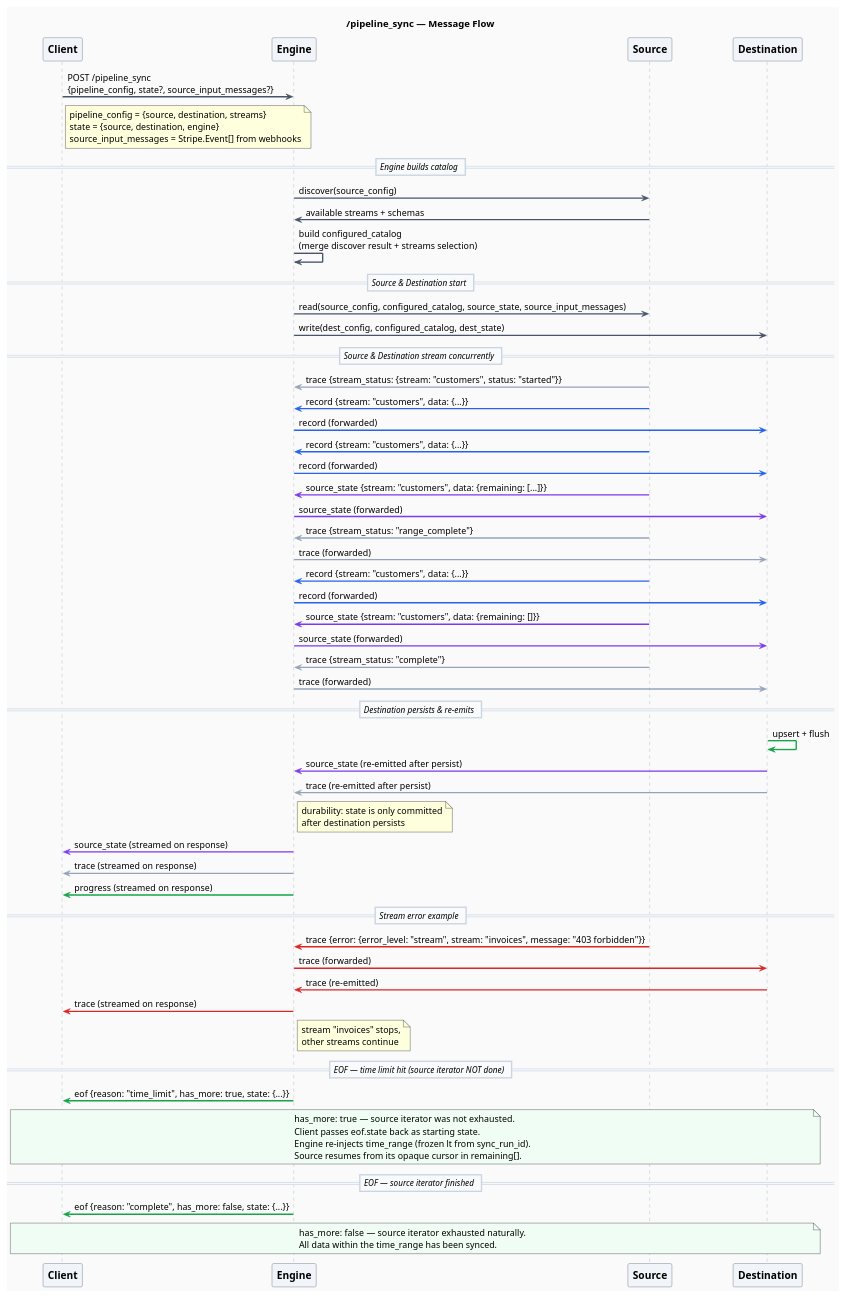
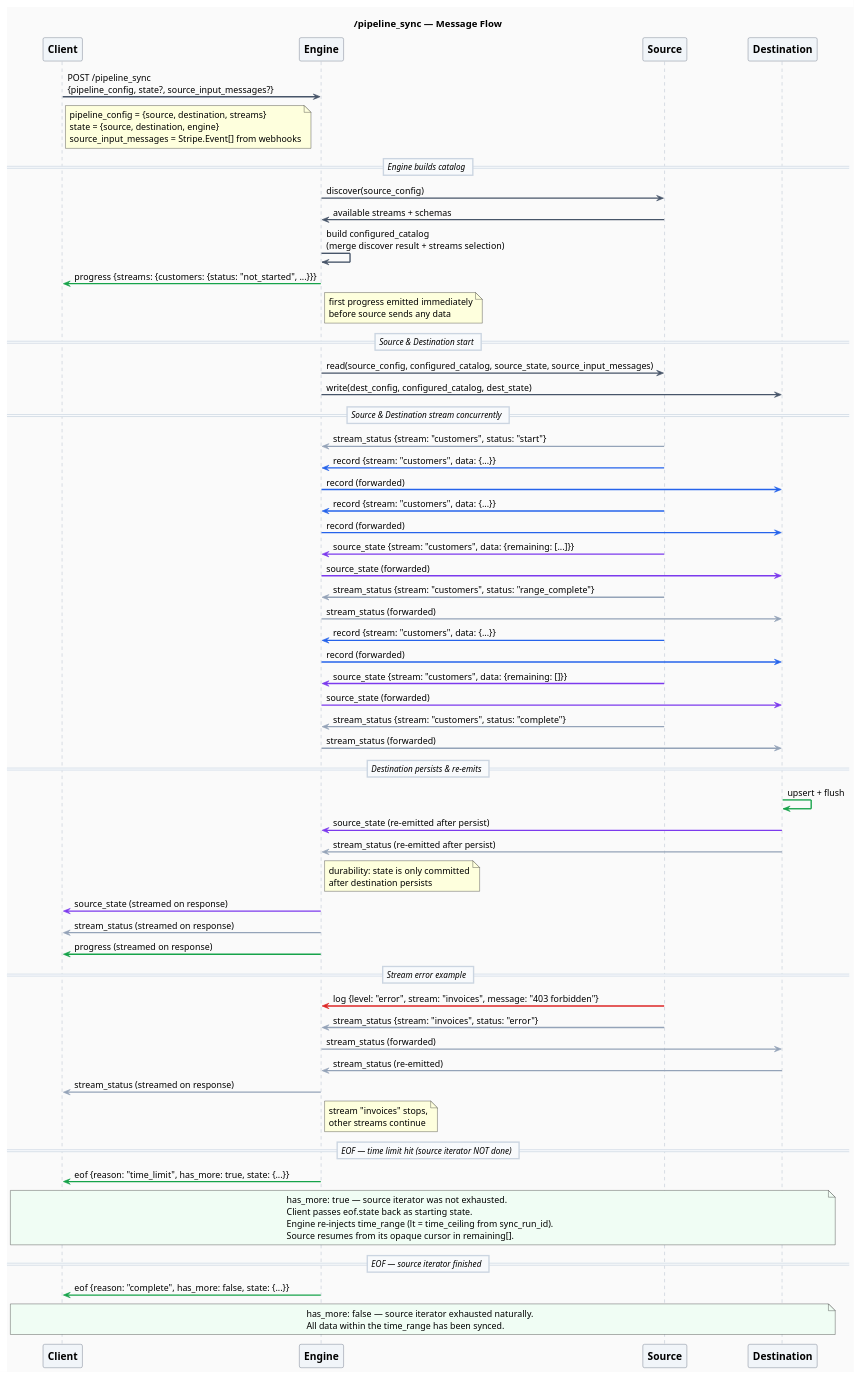
Before and after one commit to supabase/stripe-sync-engine: the diagram in docs/engine-refactor/state-flow.puml, drawn with PlantUML. The commit also changed 3 other files, not shown here.

First line of the commit message:
docs: simplify protocol — remove trace, promote stream_status, clarify error handling

```diff
--- a/docs/engine-refactor/state-flow.puml
+++ b/docs/engine-refactor/state-flow.puml
@@ -1,113 +1,117 @@
 @startuml
 title /pipeline_sync — Message Flow
 
 skinparam defaultFontName "Menlo"
 skinparam defaultFontSize 13
 skinparam backgroundColor #fafafa
 
 skinparam sequence {
     ArrowThickness 2
     ParticipantPadding 40
     BoxPadding 10
     LifeLineBorderColor #94a3b8
     LifeLineBackgroundColor #fafafa
 
     ParticipantBackgroundColor #f1f5f9
     ParticipantBorderColor #475569
     ParticipantFontSize 15
     ParticipantFontStyle bold
 
     DividerBackgroundColor #f8fafc
     DividerBorderColor #cbd5e1
     DividerFontSize 12
     DividerFontStyle italic
 }
 
 participant Client as C
 participant Engine as E
 participant Source as S
 participant Destination as D
 
 C -[#475569]> E : POST /pipeline_sync\n{pipeline_config, state?, source_input_messages?}
 note right of C #FEFFDD
   pipeline_config = {source, destination, streams}
   state = {source, destination, engine}
   source_input_messages = Stripe.Event[] from webhooks
 end note
 
 == Engine builds catalog ==
 
 E -[#475569]> S : discover(source_config)
 S -[#475569]> E : available streams + schemas
 E -[#475569]> E : build configured_catalog\n(merge discover result + streams selection)
 
+E -[#16a34a]> C : progress {streams: {customers: {status: "not_started", ...}}}
+note right of E #FEFFDD : first progress emitted immediately\nbefore source sends any data
+
 == Source & Destination start ==
 
 E -[#475569]> S : read(source_config, configured_catalog, source_state, source_input_messages)
 E -[#475569]> D : write(dest_config, configured_catalog, dest_state)
 
 == Source & Destination stream concurrently ==
 
-S -[#94a3b8]> E : trace {stream_status: {stream: "customers", status: "started"}}
+S -[#94a3b8]> E : stream_status {stream: "customers", status: "start"}
 
 S -[#2563eb]> E : record {stream: "customers", data: {...}}
 E -[#2563eb]> D : record (forwarded)
 
 S -[#2563eb]> E : record {stream: "customers", data: {...}}
 E -[#2563eb]> D : record (forwarded)
 
 S -[#7c3aed]> E : source_state {stream: "customers", data: {remaining: [...]}}
 E -[#7c3aed]> D : source_state (forwarded)
 
-S -[#94a3b8]> E : trace {stream_status: "range_complete"}
-E -[#94a3b8]> D : trace (forwarded)
+S -[#94a3b8]> E : stream_status {stream: "customers", status: "range_complete"}
+E -[#94a3b8]> D : stream_status (forwarded)
 
 S -[#2563eb]> E : record {stream: "customers", data: {...}}
 E -[#2563eb]> D : record (forwarded)
 
 S -[#7c3aed]> E : source_state {stream: "customers", data: {remaining: []}}
 E -[#7c3aed]> D : source_state (forwarded)
 
-S -[#94a3b8]> E : trace {stream_status: "complete"}
-E -[#94a3b8]> D : trace (forwarded)
+S -[#94a3b8]> E : stream_status {stream: "customers", status: "complete"}
+E -[#94a3b8]> D : stream_status (forwarded)
 
 == Destination persists & re-emits ==
 
 D -[#16a34a]> D : upsert + flush
 D -[#7c3aed]> E : source_state (re-emitted after persist)
-D -[#94a3b8]> E : trace (re-emitted after persist)
+D -[#94a3b8]> E : stream_status (re-emitted after persist)
 note right of E #FEFFDD : durability: state is only committed\nafter destination persists
 
 E -[#7c3aed]> C : source_state (streamed on response)
-E -[#94a3b8]> C : trace (streamed on response)
+E -[#94a3b8]> C : stream_status (streamed on response)
 E -[#16a34a]> C : progress (streamed on response)
 
 == Stream error example ==
 
-S -[#dc2626]> E : trace {error: {error_level: "stream", stream: "invoices", message: "403 forbidden"}}
-E -[#dc2626]> D : trace (forwarded)
-D -[#dc2626]> E : trace (re-emitted)
-E -[#dc2626]> C : trace (streamed on response)
+S -[#dc2626]> E : log {level: "error", stream: "invoices", message: "403 forbidden"}
+S -[#94a3b8]> E : stream_status {stream: "invoices", status: "error"}
+E -[#94a3b8]> D : stream_status (forwarded)
+D -[#94a3b8]> E : stream_status (re-emitted)
+E -[#94a3b8]> C : stream_status (streamed on response)
 note right of E #FEFFDD : stream "invoices" stops,\nother streams continue
 
 == EOF — time limit hit (source iterator NOT done) ==
 
 E -[#16a34a]> C : eof {reason: "time_limit", has_more: true, state: {...}}
 
 note over C, D #f0fdf4
   has_more: true — source iterator was not exhausted.
   Client passes eof.state back as starting state.
-  Engine re-injects time_range (frozen lt from sync_run_id).
+  Engine re-injects time_range (lt = time_ceiling from sync_run_id).
   Source resumes from its opaque cursor in remaining[].
 end note
 
 == EOF — source iterator finished ==
 
 E -[#16a34a]> C : eof {reason: "complete", has_more: false, state: {...}}
 
 note over C, D #f0fdf4
   has_more: false — source iterator exhausted naturally.
   All data within the time_range has been synced.
 end note
 
 @enduml
```
